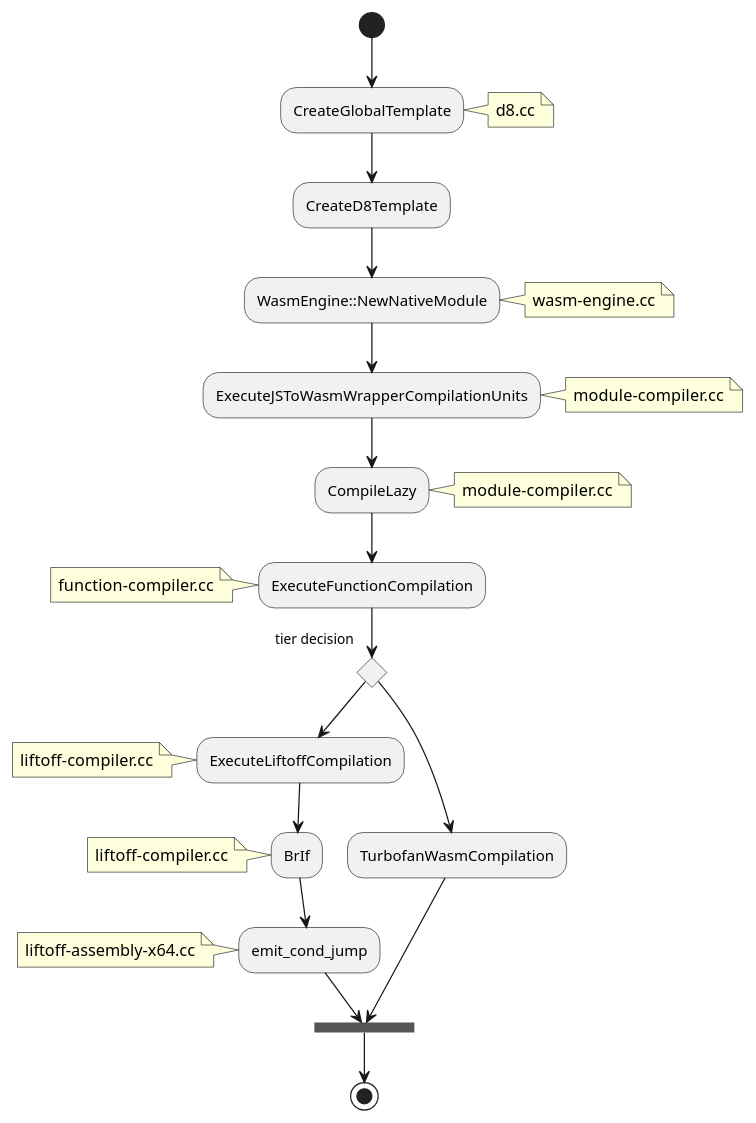
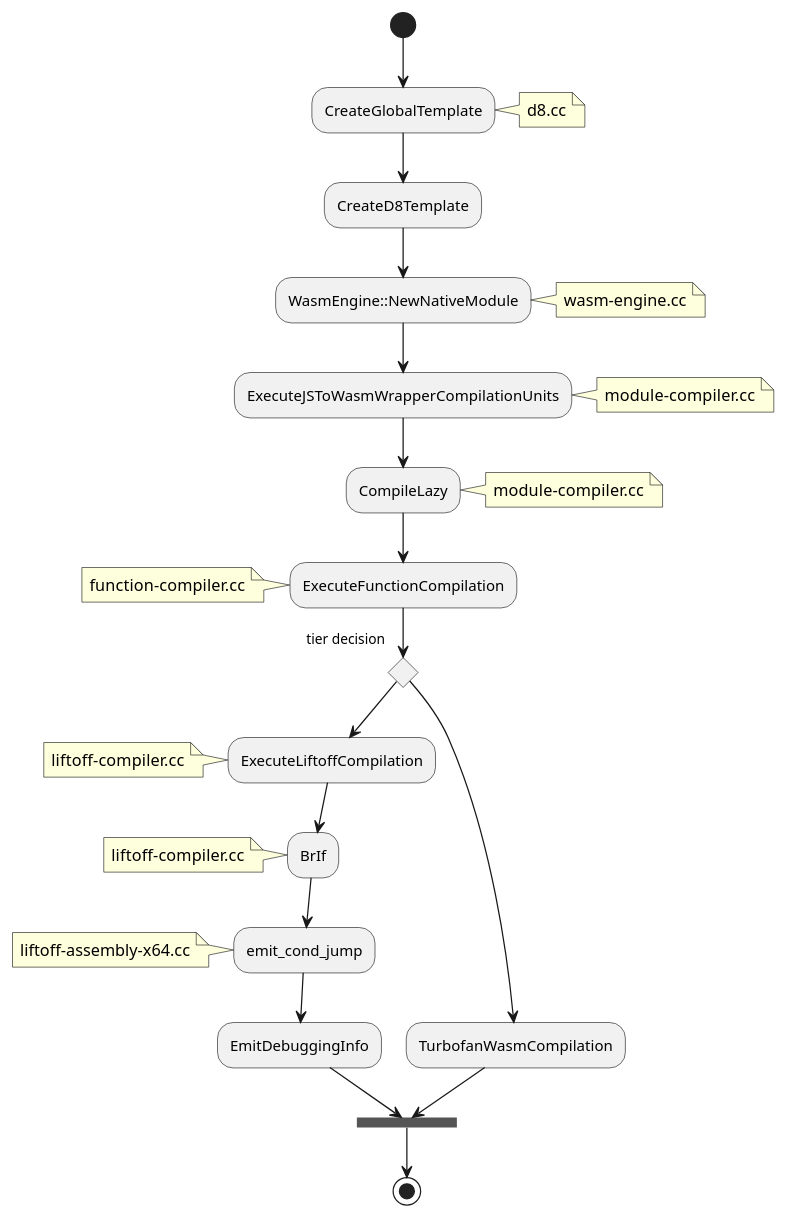
Before and after one commit to JesseCodeBones/JesseCodeBones.github.io: the diagram in markdowns/ocean/uml/WASM/v8_wasm_compiler.puml, drawn with PlantUML. The commit also changed 1 other file, not shown here.

```diff
--- a/markdowns/ocean/uml/WASM/v8_wasm_compiler.puml
+++ b/markdowns/ocean/uml/WASM/v8_wasm_compiler.puml
@@ -1,26 +1,27 @@
 @startuml
 (*) --> "CreateGlobalTemplate"
 note right: d8.cc
 --> "CreateD8Template"
 --> "WasmEngine::NewNativeModule"
 note right: wasm-engine.cc
 --> "ExecuteJSToWasmWrapperCompilationUnits"
 note right: module-compiler.cc
 --> "CompileLazy"
 note right: module-compiler.cc
 --> "ExecuteFunctionCompilation"
 note left: function-compiler.cc
 if "tier decision" then 
 -->"ExecuteLiftoffCompilation"
 note left: liftoff-compiler.cc
 -->"BrIf"
 note left: liftoff-compiler.cc
 -->"emit_cond_jump"
 note left: liftoff-assembly-x64.cc
+--> "EmitDebuggingInfo"
 -->===B1===
 else
 -->"TurbofanWasmCompilation"
 -->===B1===
 endif
 -->(*)
 @enduml
```
